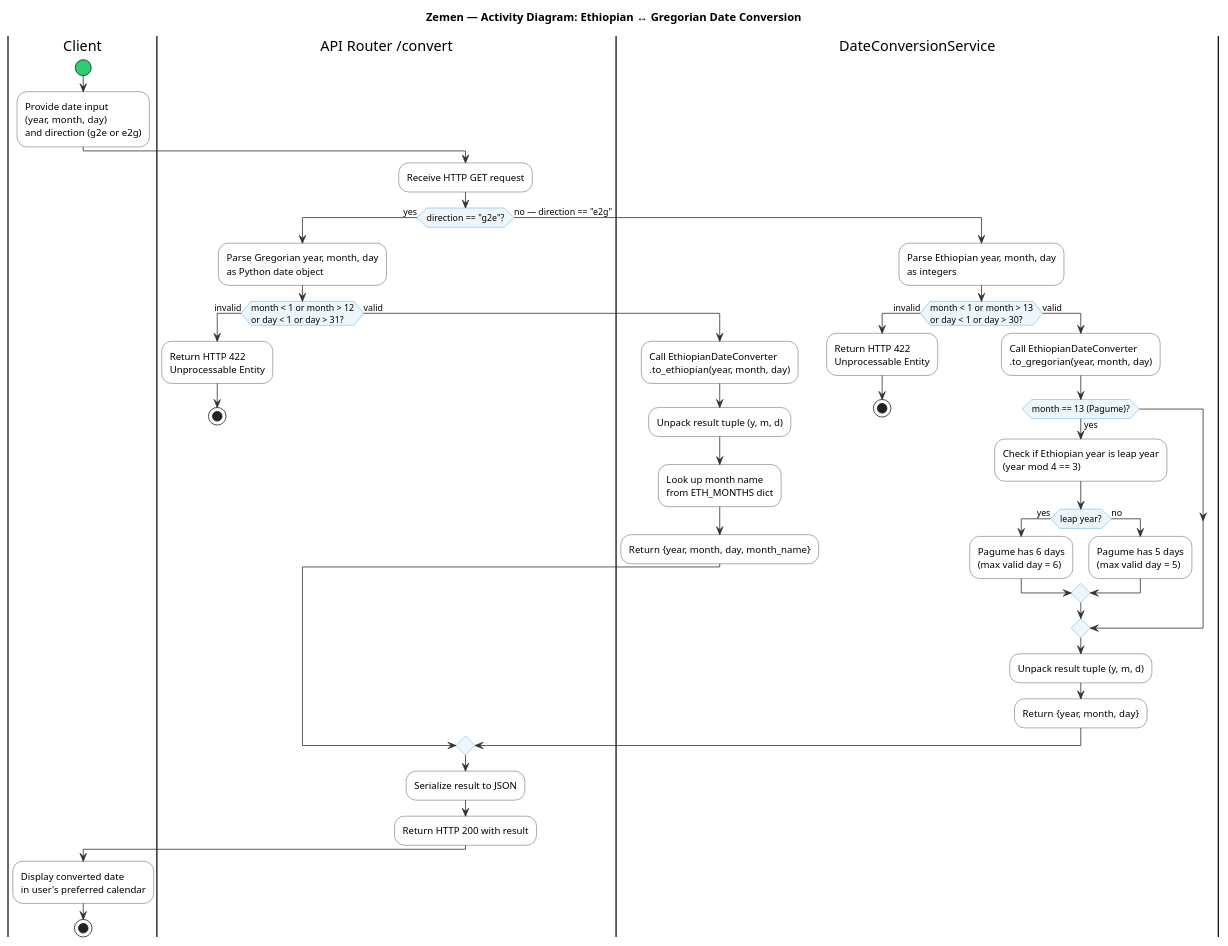
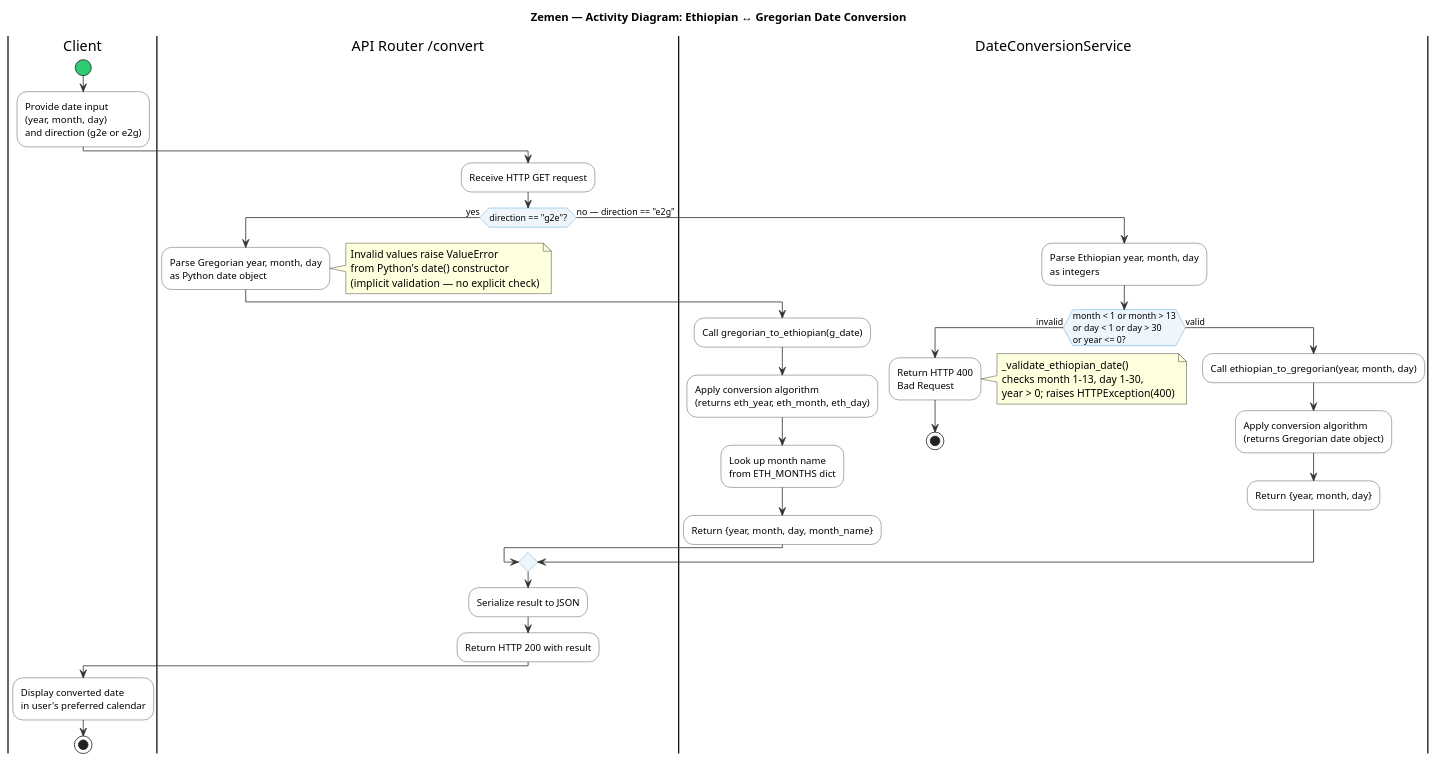
One commit to aklesiaberihu/Dual-Calendar- changed the diagram in docs/uml/activity_date_conversion.puml. Above: the diagram before and after it, drawn with PlantUML. The commit also changed 51 other files, not shown here.

```diff
--- a/docs/uml/activity_date_conversion.puml
+++ b/docs/uml/activity_date_conversion.puml
@@ -1,68 +1,55 @@
 @startuml Activity_DateConversion
 title Zemen — Activity Diagram: Ethiopian ↔ Gregorian Date Conversion
 
 skinparam activity {
   BackgroundColor White
   BorderColor #333333
   ArrowColor #333333
   FontName Arial
 }
 skinparam ActivityDiamondBackgroundColor #EEF5FB
 skinparam ActivityDiamondBorderColor #3498db
 skinparam ActivityStartColor #2ECC71
 skinparam ActivityEndColor #E74C3C
 
 |Client|
 start
 :Provide date input\n(year, month, day)\nand direction (g2e or e2g);
 
 |API Router /convert|
 :Receive HTTP GET request;
 
 if (direction == "g2e"?) then (yes)
   :Parse Gregorian year, month, day\nas Python date object;
+  note right: Invalid values raise ValueError\nfrom Python's date() constructor\n(implicit validation — no explicit check)
 
-  if (month < 1 or month > 12\nor day < 1 or day > 31?) then (invalid)
-    :Return HTTP 422\nUnprocessable Entity;
-    stop
-  else (valid)
-    |DateConversionService|
-    :Call EthiopianDateConverter\n.to_ethiopian(year, month, day);
-    :Unpack result tuple (y, m, d);
-    :Look up month name\nfrom ETH_MONTHS dict;
-    :Return {year, month, day, month_name};
-  endif
+  |DateConversionService|
+  :Call gregorian_to_ethiopian(g_date);
+  :Apply conversion algorithm\n(returns eth_year, eth_month, eth_day);
+  :Look up month name\nfrom ETH_MONTHS dict;
+  :Return {year, month, day, month_name};
 
 else (no — direction == "e2g")
   :Parse Ethiopian year, month, day\nas integers;
 
-  if (month < 1 or month > 13\nor day < 1 or day > 30?) then (invalid)
-    :Return HTTP 422\nUnprocessable Entity;
+  if (month < 1 or month > 13\nor day < 1 or day > 30\nor year <= 0?) then (invalid)
+    :Return HTTP 400\nBad Request;
+    note right: _validate_ethiopian_date()\nchecks month 1-13, day 1-30,\nyear > 0; raises HTTPException(400)
     stop
   else (valid)
     |DateConversionService|
-    :Call EthiopianDateConverter\n.to_gregorian(year, month, day);
-
-    if (month == 13 (Pagume)?) then (yes)
-      :Check if Ethiopian year is leap year\n(year mod 4 == 3);
-      if (leap year?) then (yes)
-        :Pagume has 6 days\n(max valid day = 6);
-      else (no)
-        :Pagume has 5 days\n(max valid day = 5);
-      endif
-    endif
-
-    :Unpack result tuple (y, m, d);
+    :Call ethiopian_to_gregorian(year, month, day);
+    :Apply conversion algorithm\n(returns Gregorian date object);
     :Return {year, month, day};
   endif
 endif
 
 |API Router /convert|
 :Serialize result to JSON;
 :Return HTTP 200 with result;
 
 |Client|
 :Display converted date\nin user's preferred calendar;
 stop
 
 @enduml
```
